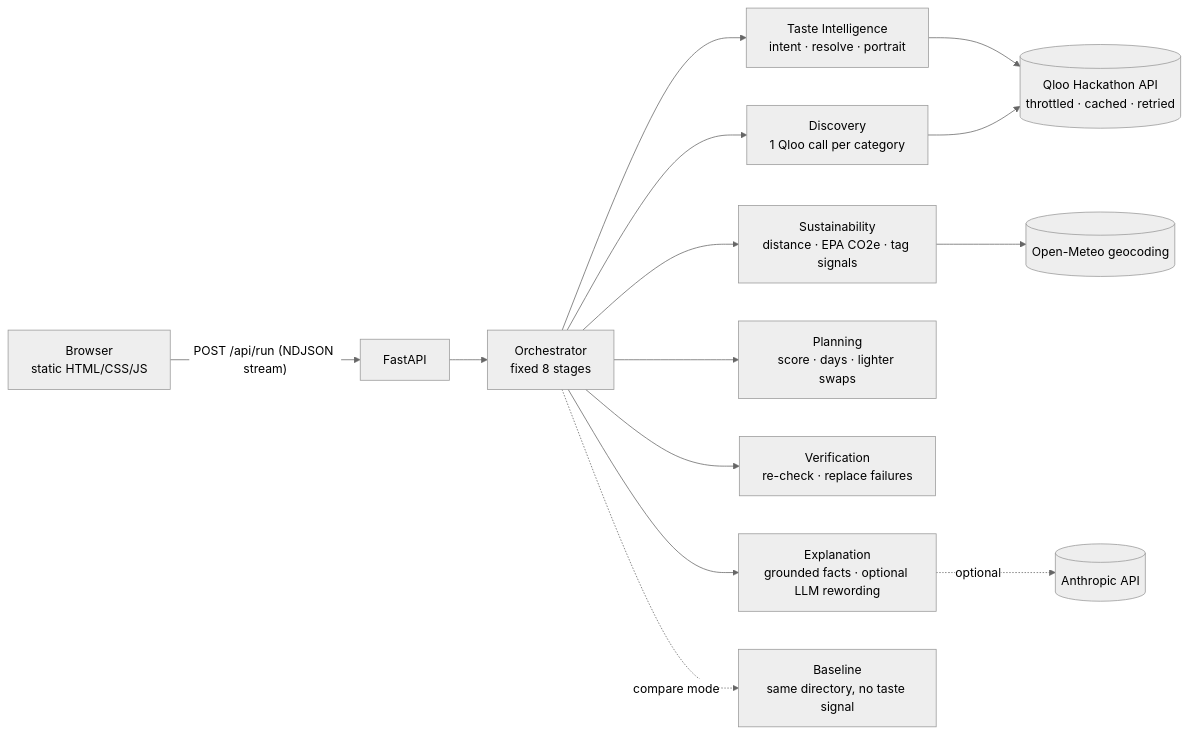
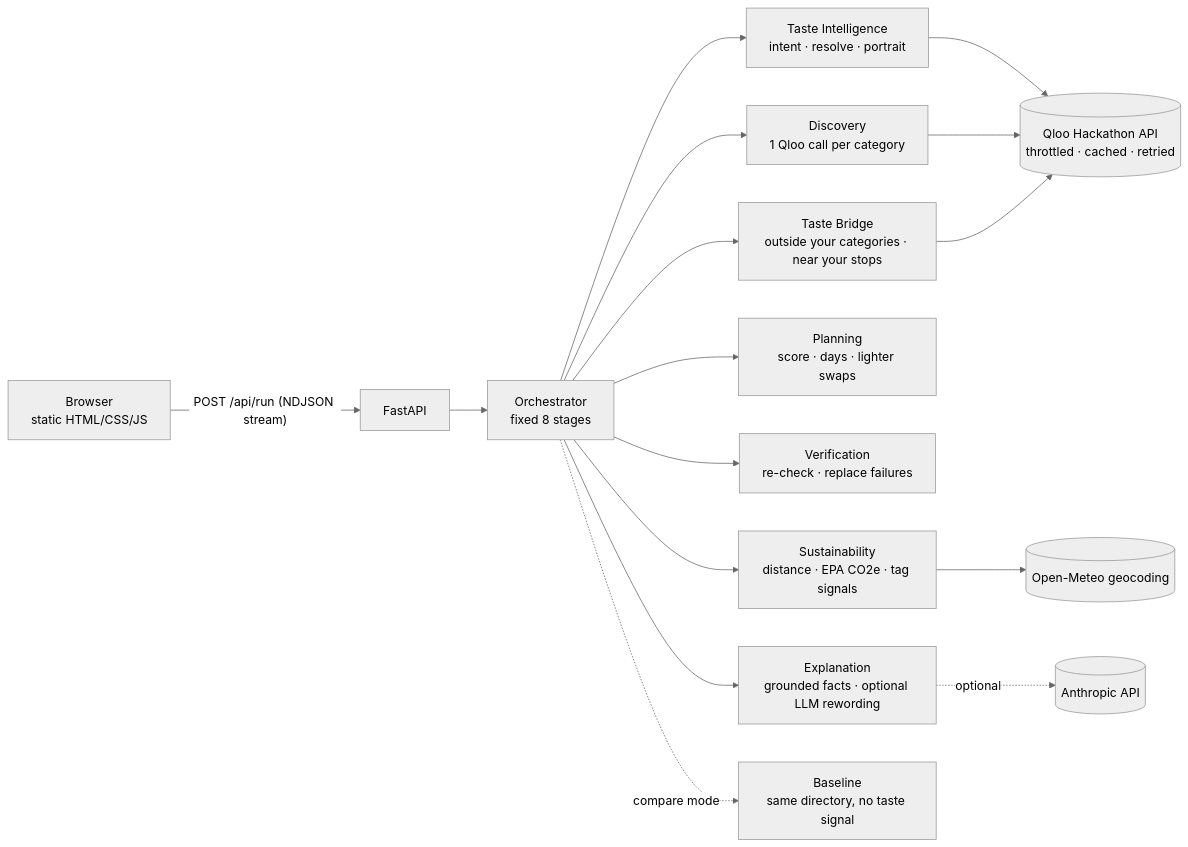
The diagram in README.md (jaharilockett81/earthpulse-ai), drawn with Mermaid (neutral theme) before and after one commit. The commit also changed other lines of this file and 12 other files, not shown here.

First line of the commit message:
Add Taste Bridge, Cultural DNA, plan revision, lab metrics and persona evaluation

````diff
--- a/README.md
+++ b/README.md
@@ -43,15 +59,16 @@
 ```mermaid
 flowchart LR
     U[Browser<br/>static HTML/CSS/JS] -- "POST /api/run (NDJSON stream)" --> API[FastAPI]
     API --> O[Orchestrator<br/>fixed 8 stages]
     O --> T[Taste Intelligence<br/>intent · resolve · portrait]
     O --> D[Discovery<br/>1 Qloo call per category]
     O --> S[Sustainability<br/>distance · EPA CO2e · tag signals]
     O --> P[Planning<br/>score · days · lighter swaps]
     O --> V[Verification<br/>re-check · replace failures]
     O --> E[Explanation<br/>grounded facts · optional LLM rewording]
-    T & D --> Q[(Qloo Hackathon API<br/>throttled · cached · retried)]
+    O --> TB[Taste Bridge<br/>outside your categories · near your stops]
+    T & D & TB --> Q[(Qloo Hackathon API<br/>throttled · cached · retried)]
     S --> G[(Open-Meteo geocoding)]
     E -.optional.-> L[(Anthropic API)]
     O -. compare mode .-> B[Baseline<br/>same directory, no taste signal]
 ```
````
